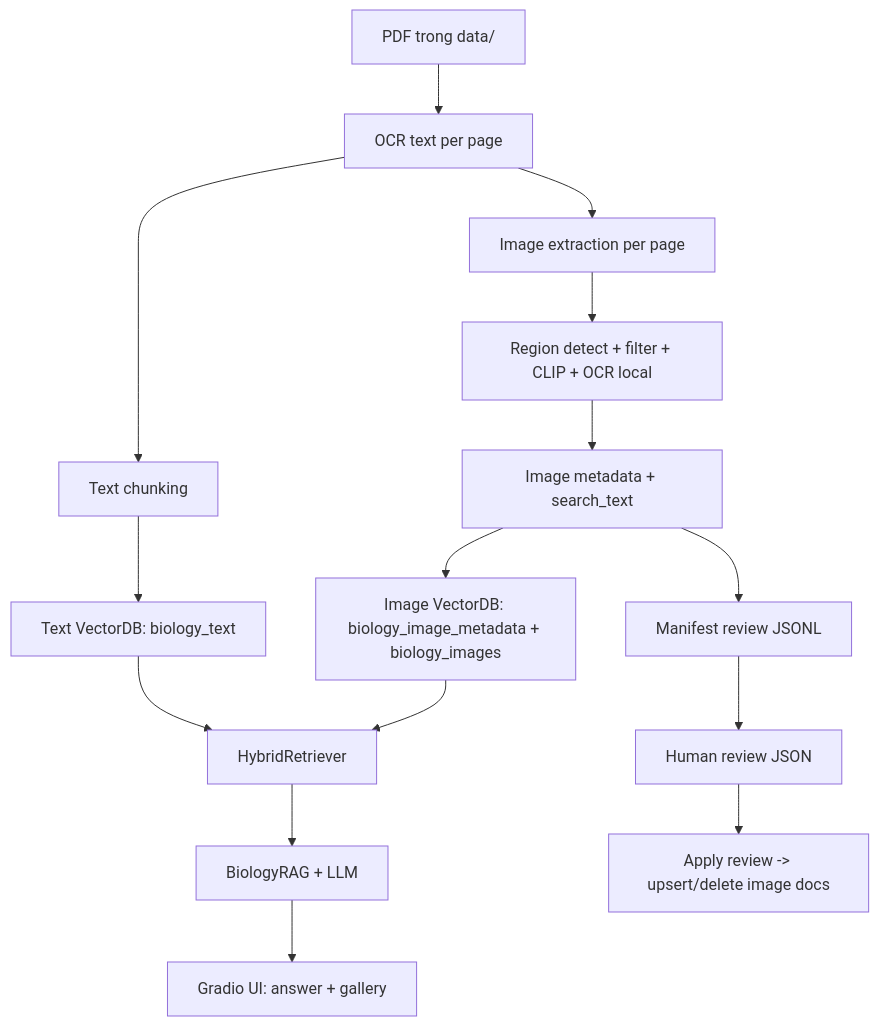
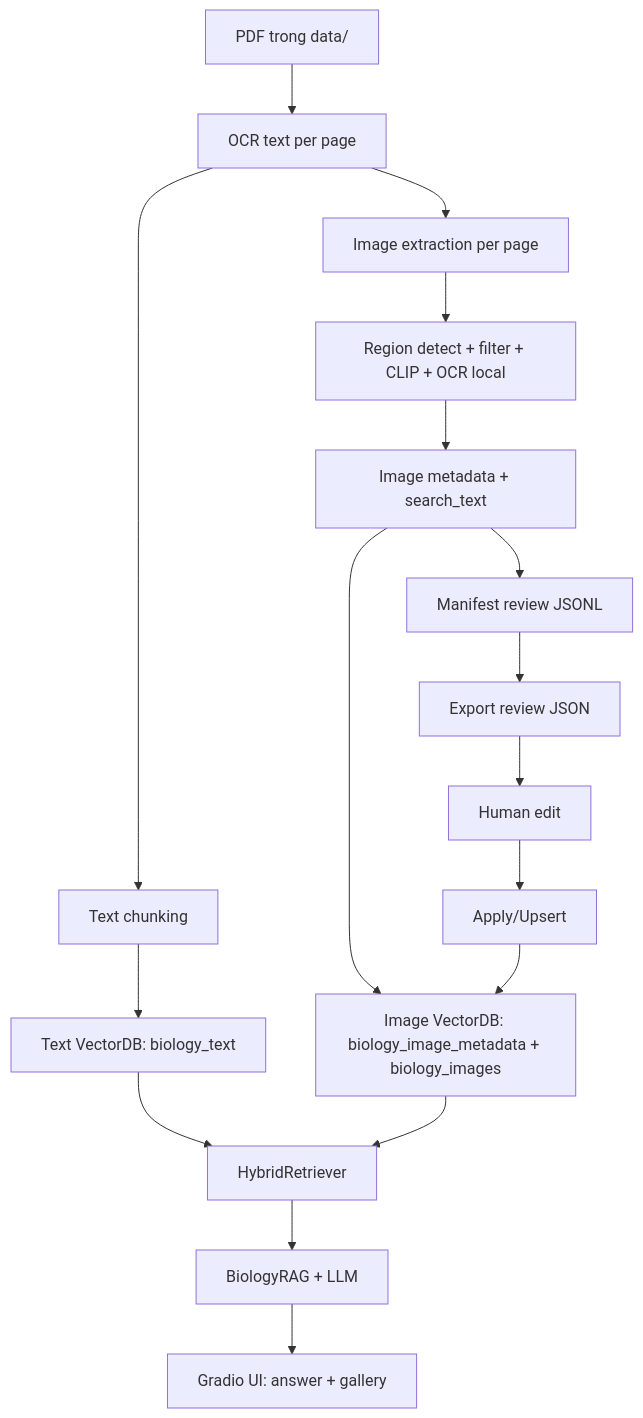
The diagram in document/technical_handover_rag.md (lcdkhoa/project-bio-rag), drawn with Mermaid before and after one commit. The commit also changed other lines of this file and 1145 other files, not shown here.

````diff
--- a/document/technical_handover_rag.md
+++ b/document/technical_handover_rag.md
@@ -18,19 +19,22 @@
 ```mermaid
 flowchart TD
     A[PDF trong data/] --> B[OCR text per page]
     B --> C[Text chunking]
     C --> D[Text VectorDB: biology_text]
 
     B --> E[Image extraction per page]
     E --> F[Region detect + filter + CLIP + OCR local]
     F --> G[Image metadata + search_text]
     G --> H[Image VectorDB: biology_image_metadata + biology_images]
     G --> I[Manifest review JSONL]
-    I --> J[Human review JSON]
-    J --> K[Apply review -> upsert/delete image docs]
 
-    D --> L[HybridRetriever]
-    H --> L
-    L --> M[BiologyRAG + LLM]
-    M --> N[Gradio UI: answer + gallery]
+    I --> J[Export review JSON]
+    J --> K[Human edit]
+    K --> L[Apply/Upsert]
+    L --> H
+
+    D --> M[HybridRetriever]
+    H --> M
+    M --> N[BiologyRAG + LLM]
+    N --> O[Gradio UI: answer + gallery]
 ```
````
